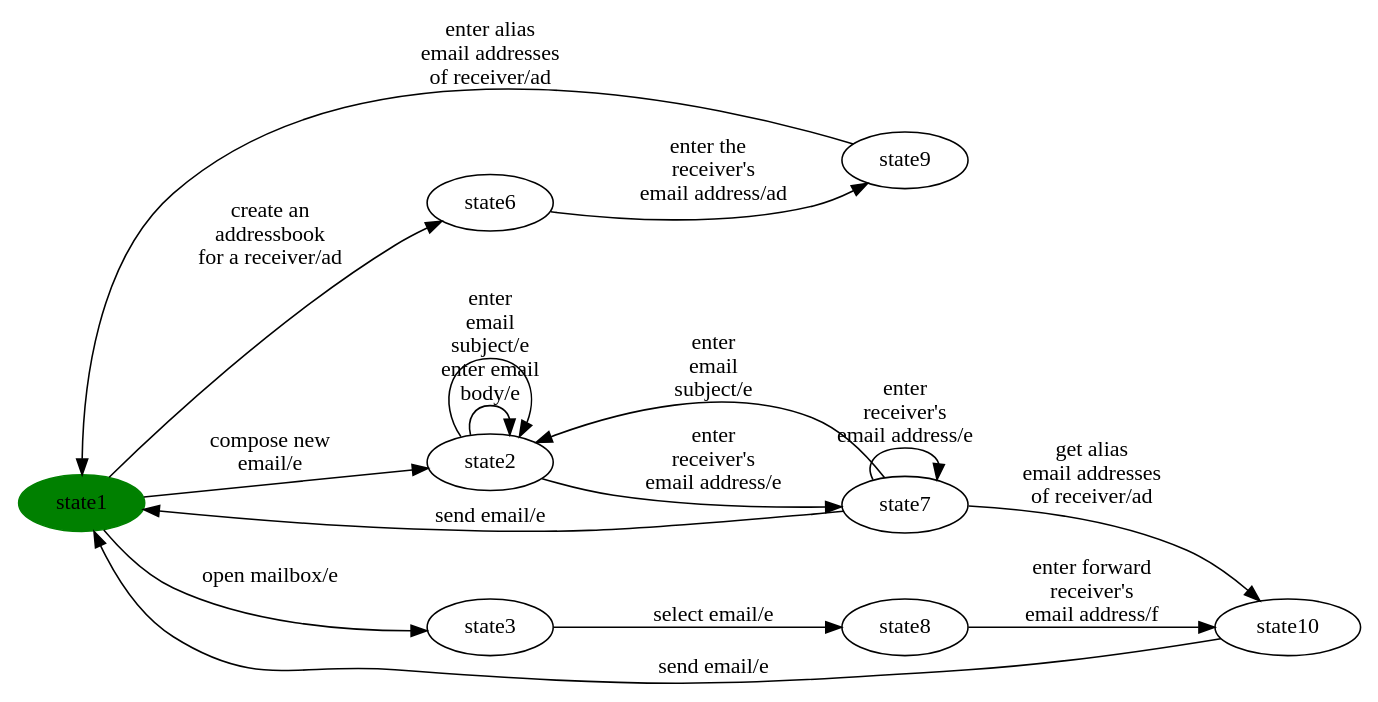
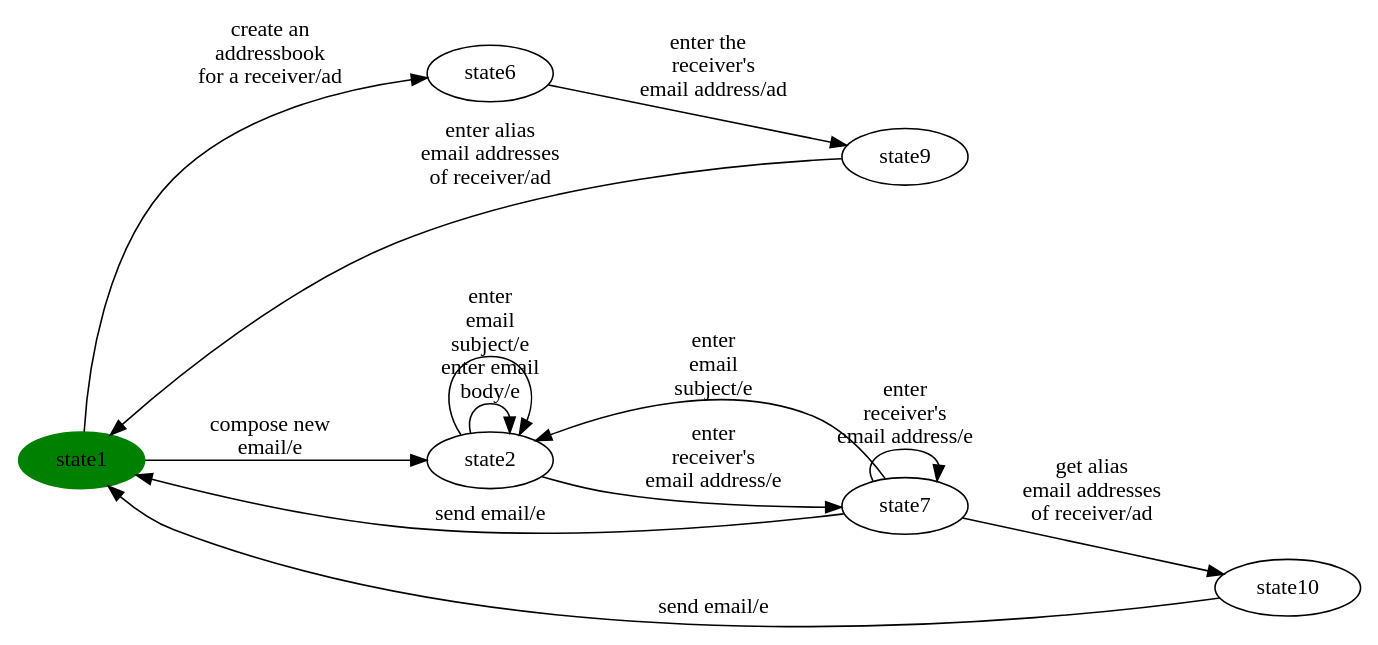
The diagram in automode-reports/per-product/eMail/eMail-product22.dot (dilekozturk93/vibes), drawn with Graphviz before and after one commit. The commit also changed 43 other files, not shown here.

```diff
--- a/automode-reports/per-product/eMail/eMail-product22.dot
+++ b/automode-reports/per-product/eMail/eMail-product22.dot
@@ -1,46 +1,39 @@
 digraph G {
 rankdir=LR;
 state0[ label = "state1", style=filled, color=green ];
 state1 [ label = "state9" ];
 state1 -> state0 [ label=" enter alias 
 email addresses 
 of receiver/ad " ];
 state2 [ label = "state6" ];
 state2 -> state1 [ label=" enter the  
 receiver's 
 email address/ad " ];
-state3 [ label = "state8" ];
-state3 -> state4 [ label=" enter forward 
-receiver's 
-email address/f " ];
-state4 [ label = "state10" ];
+state3 [ label = "state10" ];
+state3 -> state0 [ label=" send email/e " ];
+state4 [ label = "state7" ];
 state4 -> state0 [ label=" send email/e " ];
-state5 [ label = "state7" ];
-state5 -> state0 [ label=" send email/e " ];
-state5 -> state6 [ label=" enter
+state4 -> state5 [ label=" enter
  email 
 subject/e " ];
-state5 -> state5 [ label=" enter 
+state4 -> state4 [ label=" enter 
 receiver's 
 email address/e " ];
-state5 -> state4 [ label=" get alias 
+state4 -> state3 [ label=" get alias 
 email addresses 
 of receiver/ad " ];
-state6 [ label = "state2" ];
-state6 -> state5 [ label=" enter 
+state5 [ label = "state2" ];
+state5 -> state4 [ label=" enter 
 receiver's 
 email address/e " ];
-state6 -> state6 [ label=" enter email 
+state5 -> state5 [ label=" enter email 
 body/e " ];
-state6 -> state6 [ label=" enter
+state5 -> state5 [ label=" enter
  email 
 subject/e " ];
-state0 -> state7 [ label=" open mailbox/e " ];
 state0 -> state2 [ label=" create an 
 addressbook 
 for a receiver/ad " ];
-state0 -> state6 [ label=" compose new 
+state0 -> state5 [ label=" compose new 
 email/e " ];
-state7 [ label = "state3" ];
-state7 -> state3 [ label=" select email/e " ];
 }
```
